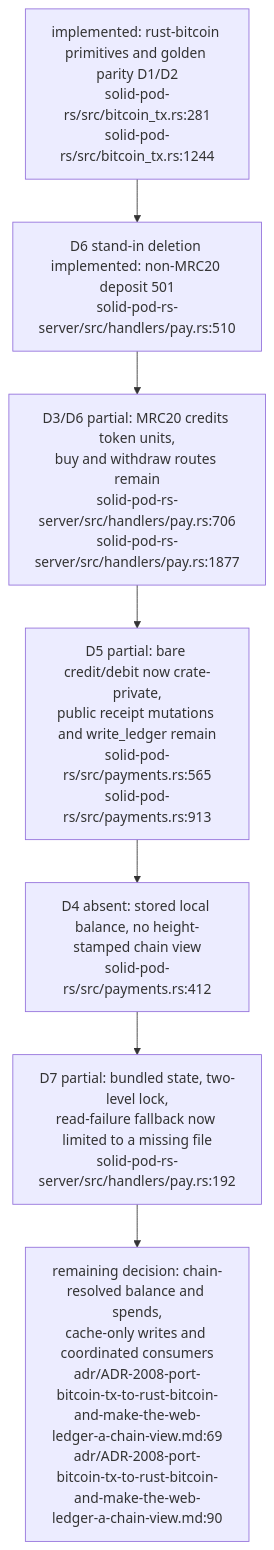
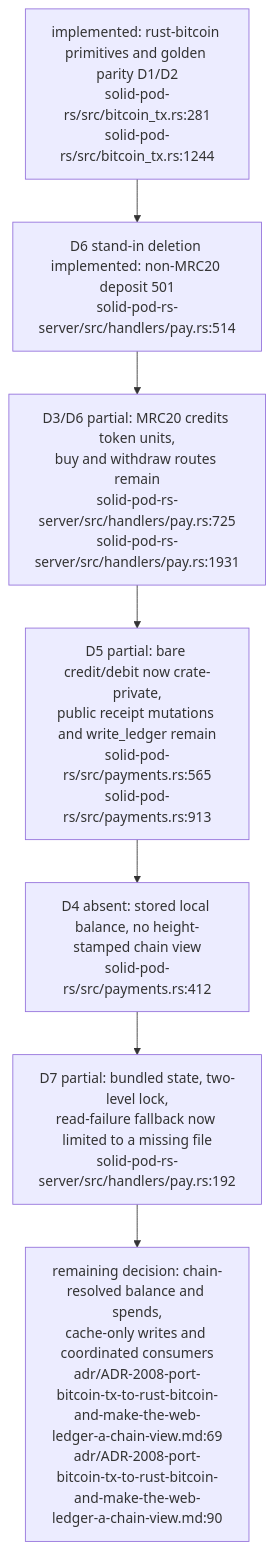
One commit to DreamLab-AI/VisionFlow changed diagram 17 of 21 in docs/diagrams/solid-pod-rs/07-provenance-and-payments.md. Above: the diagram before and after it, drawn with Mermaid. The commit also changed other lines of this file and 18 other files, not shown here.

First line of the commit message:
docs(diagrams): freeze panels for fixed defects and add successors at the fix revisions

````diff
--- a/docs/diagrams/solid-pod-rs/07-provenance-and-payments.md
+++ b/docs/diagrams/solid-pod-rs/07-provenance-and-payments.md
@@ -499,11 +503,11 @@
 ```mermaid
 flowchart TD
     PORT["implemented: rust-bitcoin primitives and golden parity D1/D2<br/>solid-pod-rs/src/bitcoin_tx.rs:281<br/>solid-pod-rs/src/bitcoin_tx.rs:1244"]
-    TXO["D6 stand-in deletion implemented: non-MRC20 deposit 501<br/>solid-pod-rs-server/src/handlers/pay.rs:510"]
-    MRC["D3/D6 partial: MRC20 credits token units,<br/>buy and withdraw routes remain<br/>solid-pod-rs-server/src/handlers/pay.rs:706<br/>solid-pod-rs-server/src/handlers/pay.rs:1877"]
+    TXO["D6 stand-in deletion implemented: non-MRC20 deposit 501<br/>solid-pod-rs-server/src/handlers/pay.rs:514"]
+    MRC["D3/D6 partial: MRC20 credits token units,<br/>buy and withdraw routes remain<br/>solid-pod-rs-server/src/handlers/pay.rs:725<br/>solid-pod-rs-server/src/handlers/pay.rs:1931"]
     API["D5 partial: bare credit/debit now crate-private,<br/>public receipt mutations and write_ledger remain<br/>solid-pod-rs/src/payments.rs:565<br/>solid-pod-rs/src/payments.rs:913"]
     LOCAL["D4 absent: stored local balance, no height-stamped chain view<br/>solid-pod-rs/src/payments.rs:412"]
     ATOMIC["D7 partial: bundled state, two-level lock,<br/>read-failure fallback now limited to a missing file<br/>solid-pod-rs-server/src/handlers/pay.rs:192"]
     PLAN["remaining decision: chain-resolved balance and spends,<br/>cache-only writes and coordinated consumers<br/>adr/ADR-2008-port-bitcoin-tx-to-rust-bitcoin-and-make-the-web-ledger-a-chain-view.md:69<br/>adr/ADR-2008-port-bitcoin-tx-to-rust-bitcoin-and-make-the-web-ledger-a-chain-view.md:90"]
     PORT --> TXO --> MRC --> API --> LOCAL --> ATOMIC --> PLAN
 ```
````
